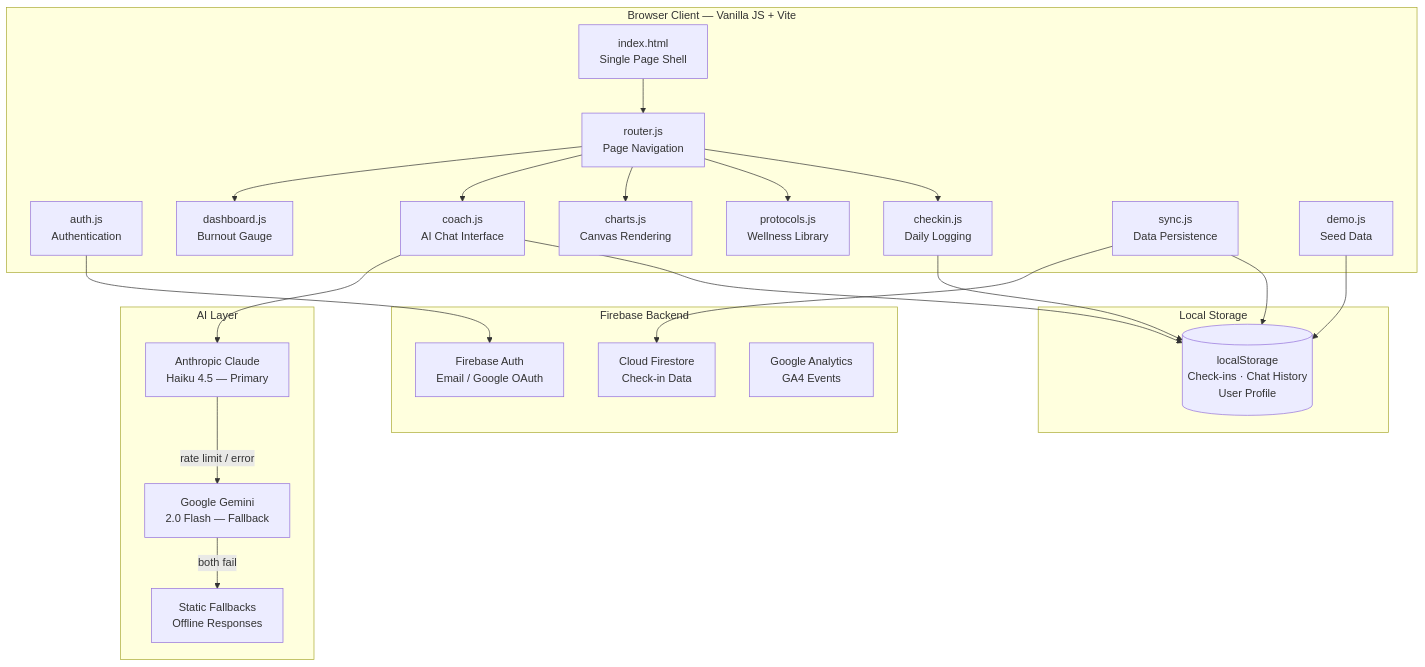
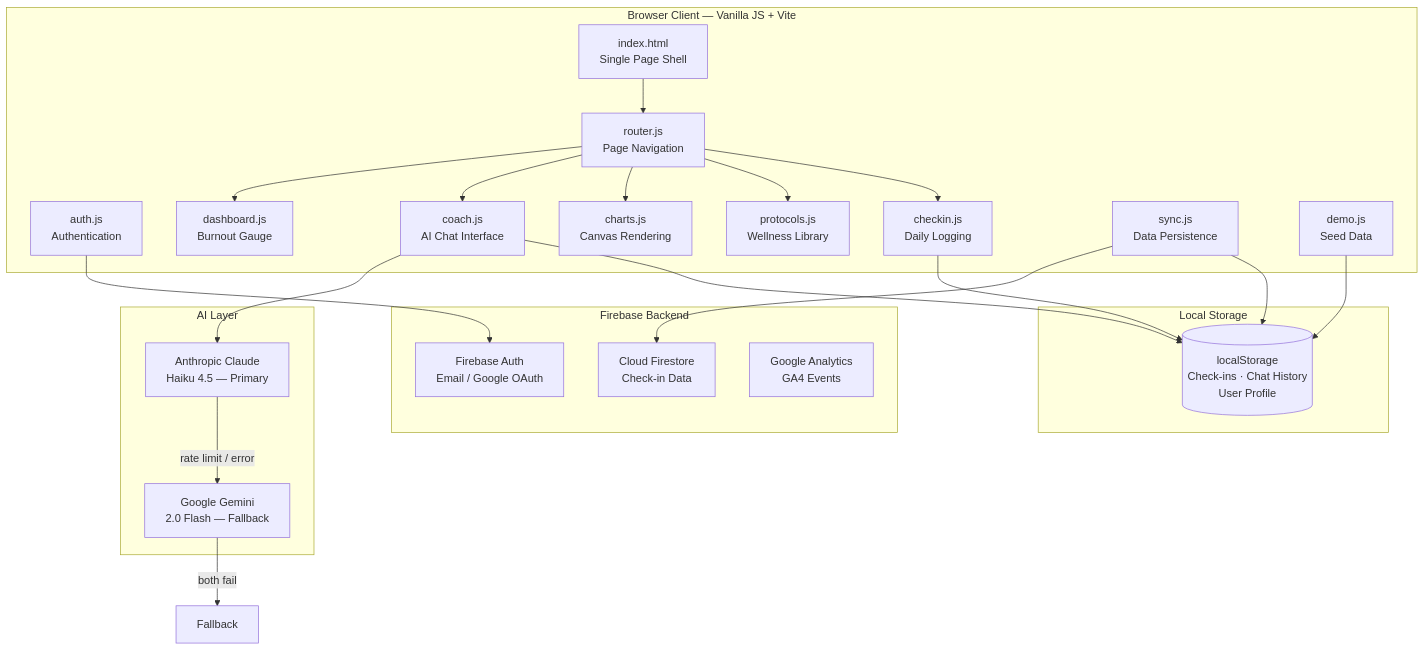
Before and after one commit to KrishMody/MindSync-AI: the first of 2 diagrams in README.md, drawn with Mermaid. The commit also changed other lines of this file, not shown here.

````diff
--- a/README.md
+++ b/README.md
@@ -11,49 +11,48 @@
 ```mermaid
 graph TB
     subgraph Client ["Browser Client — Vanilla JS + Vite"]
         UI[index.html\nSingle Page Shell]
         Router[router.js\nPage Navigation]
         Auth[auth.js\nAuthentication]
         Dashboard[dashboard.js\nBurnout Gauge]
         Coach[coach.js\nAI Chat Interface]
         Charts[charts.js\nCanvas Rendering]
         Protocols[protocols.js\nWellness Library]
         Checkin[checkin.js\nDaily Logging]
         Sync[sync.js\nData Persistence]
         Demo[demo.js\nSeed Data]
     end
 
     subgraph AI ["AI Layer"]
         Claude[Anthropic Claude\nHaiku 4.5 — Primary]
         Gemini[Google Gemini\n2.0 Flash — Fallback]
-        Fallback[Static Fallbacks\nOffline Responses]
     end
 
     subgraph Firebase ["Firebase Backend"]
         FBAuth[Firebase Auth\nEmail / Google OAuth]
         Firestore[Cloud Firestore\nCheck-in Data]
         Analytics[Google Analytics\nGA4 Events]
     end
 
     subgraph Storage ["Local Storage"]
         LS[(localStorage\nCheck-ins · Chat History\nUser Profile)]
     end
 
     UI --> Router
     Router --> Dashboard
     Router --> Coach
     Router --> Charts
     Router --> Protocols
     Router --> Checkin
 
     Auth --> FBAuth
     Coach --> Claude
     Claude -- "rate limit / error" --> Gemini
     Gemini -- "both fail" --> Fallback
 
     Sync --> Firestore
     Sync --> LS
     Checkin --> LS
     Coach --> LS
     Demo --> LS
 ```
````
